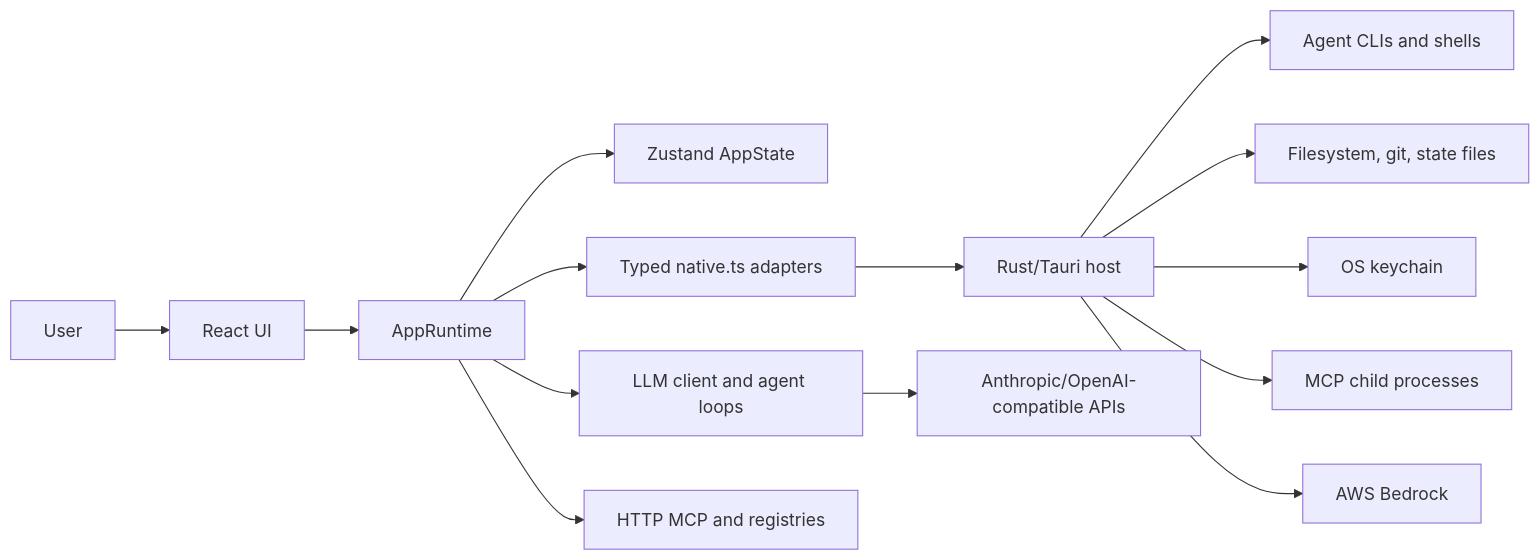
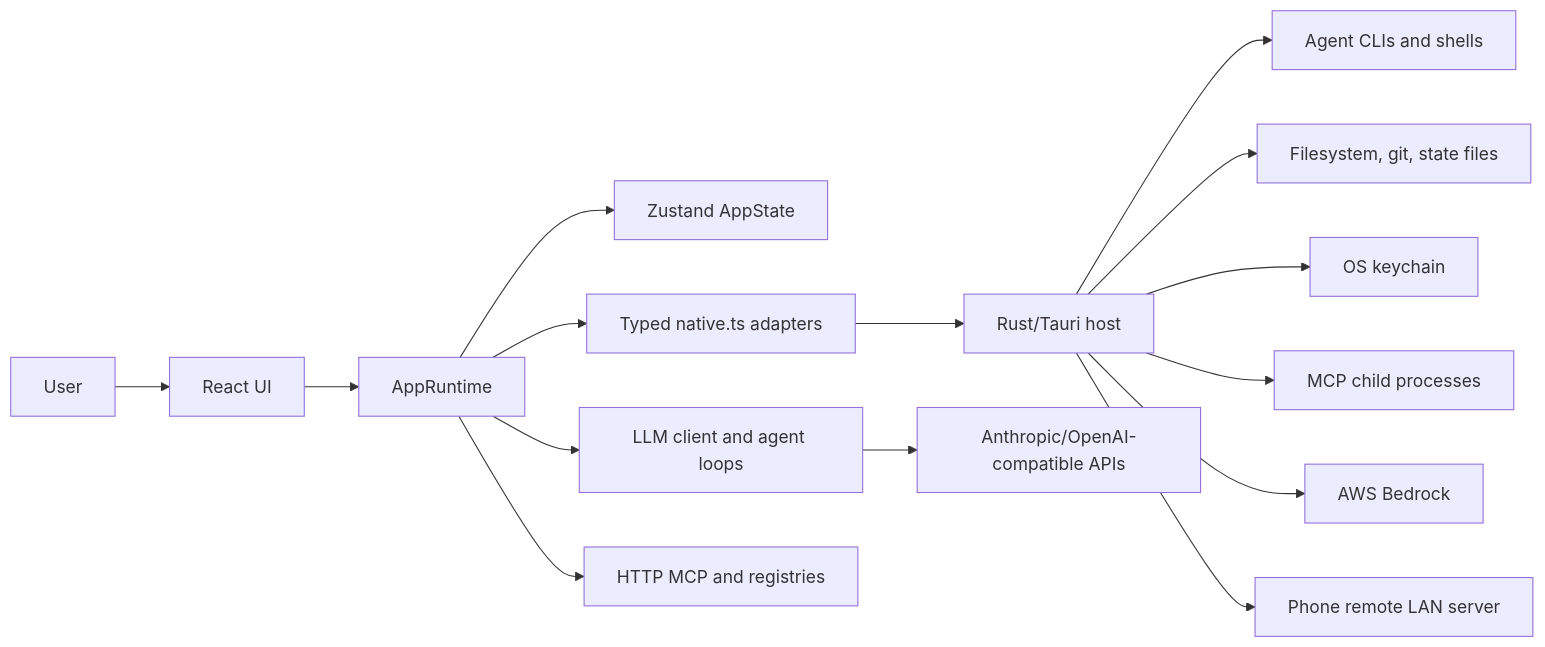
One commit to xuancanh/yaam changed the first of 5 diagrams in docs/architecture.md. Above: the diagram before and after it, drawn with Mermaid. The commit also changed other lines of this file and 4 other files, not shown here.

First line of the commit message:
docs: phone remote, fleet overview, artifacts, task-chat streaming, non-git review

````diff
--- a/docs/architecture.md
+++ b/docs/architecture.md
@@ -27,16 +28,17 @@
 ```mermaid
 flowchart LR
   U[User] --> UI[React UI]
   UI --> AR[AppRuntime]
   AR --> Z[Zustand AppState]
   AR --> LLM[LLM client and agent loops]
   AR --> IPC[Typed native.ts adapters]
   IPC --> R[Rust/Tauri host]
   R --> PTY[Agent CLIs and shells]
   R --> FS[Filesystem, git, state files]
   R --> KC[OS keychain]
   R --> MCP[MCP child processes]
   R --> BR[AWS Bedrock]
+  R --> RM[Phone remote LAN server]
   LLM --> API[Anthropic/OpenAI-compatible APIs]
   AR --> HTTP[HTTP MCP and registries]
 ```
````
